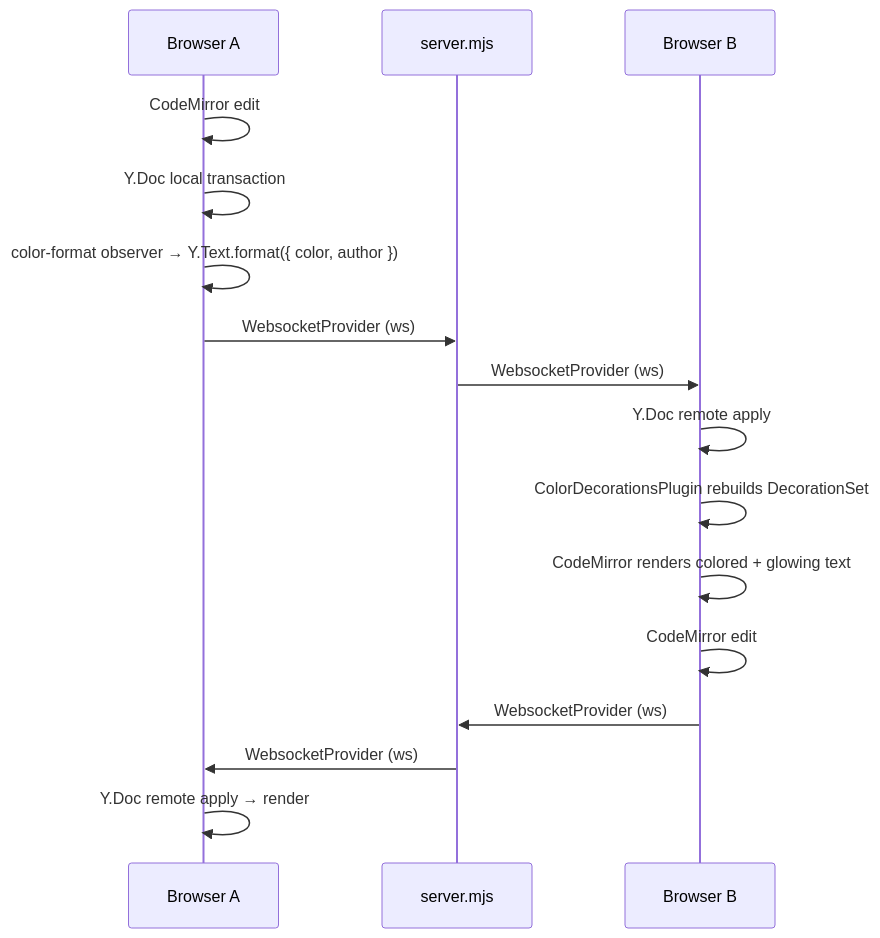
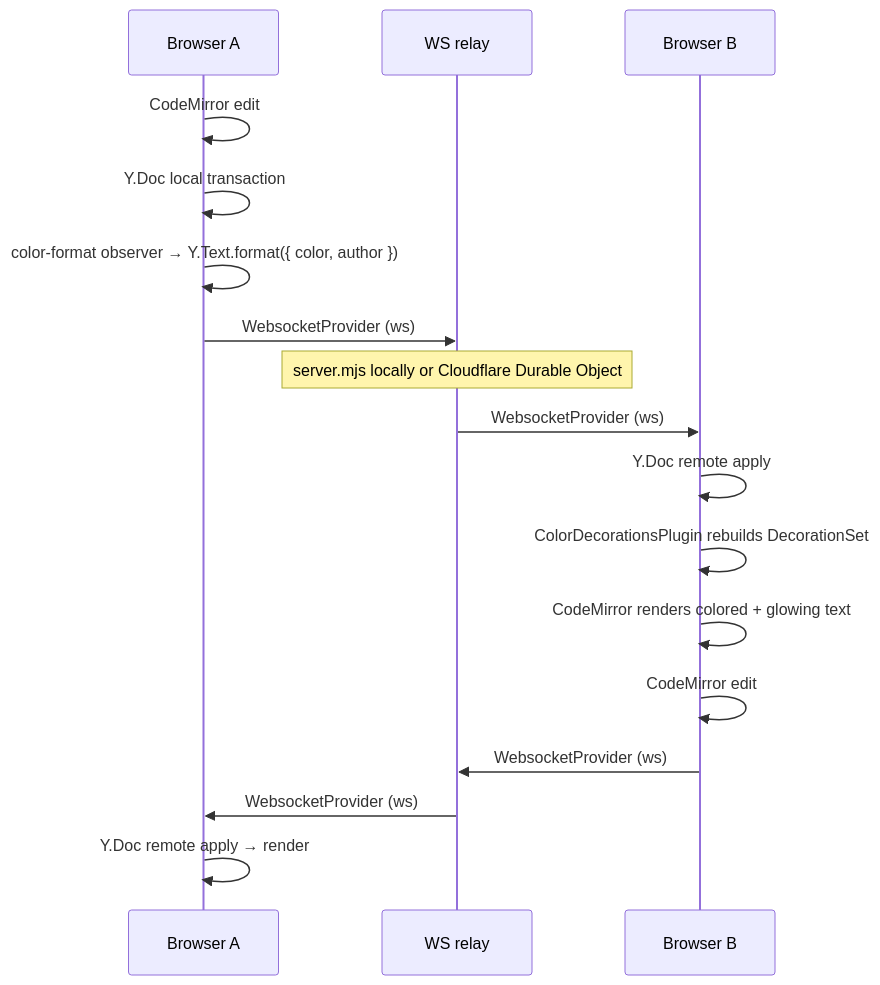
One commit to am/shake-gently changed the first of 2 diagrams in README.md. Above: the diagram before and after it, drawn with Mermaid. The commit also changed other lines of this file and 8 other files, not shown here.

````diff
--- a/README.md
+++ b/README.md
@@ -50,20 +55,21 @@
 ```mermaid
 sequenceDiagram
     participant A as Browser A
-    participant S as server.mjs
+    participant S as WS relay
     participant B as Browser B
 
     A->>A: CodeMirror edit
     A->>A: Y.Doc local transaction
     A->>A: color-format observer → Y.Text.format({ color, author })
     A->>S: WebsocketProvider (ws)
+    Note over S: server.mjs locally or Cloudflare Durable Object
     S->>B: WebsocketProvider (ws)
     B->>B: Y.Doc remote apply
     B->>B: ColorDecorationsPlugin rebuilds DecorationSet
     B->>B: CodeMirror renders colored + glowing text
 
     B->>B: CodeMirror edit
     B->>S: WebsocketProvider (ws)
     S->>A: WebsocketProvider (ws)
     A->>A: Y.Doc remote apply → render
 ```
````
